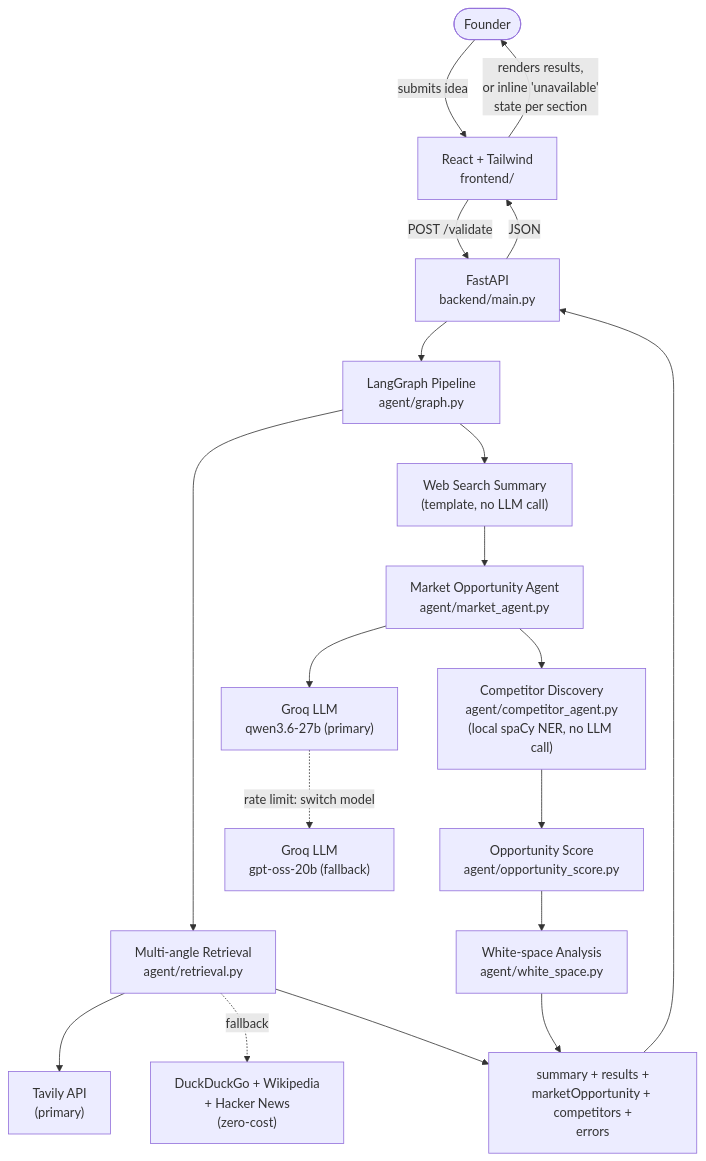
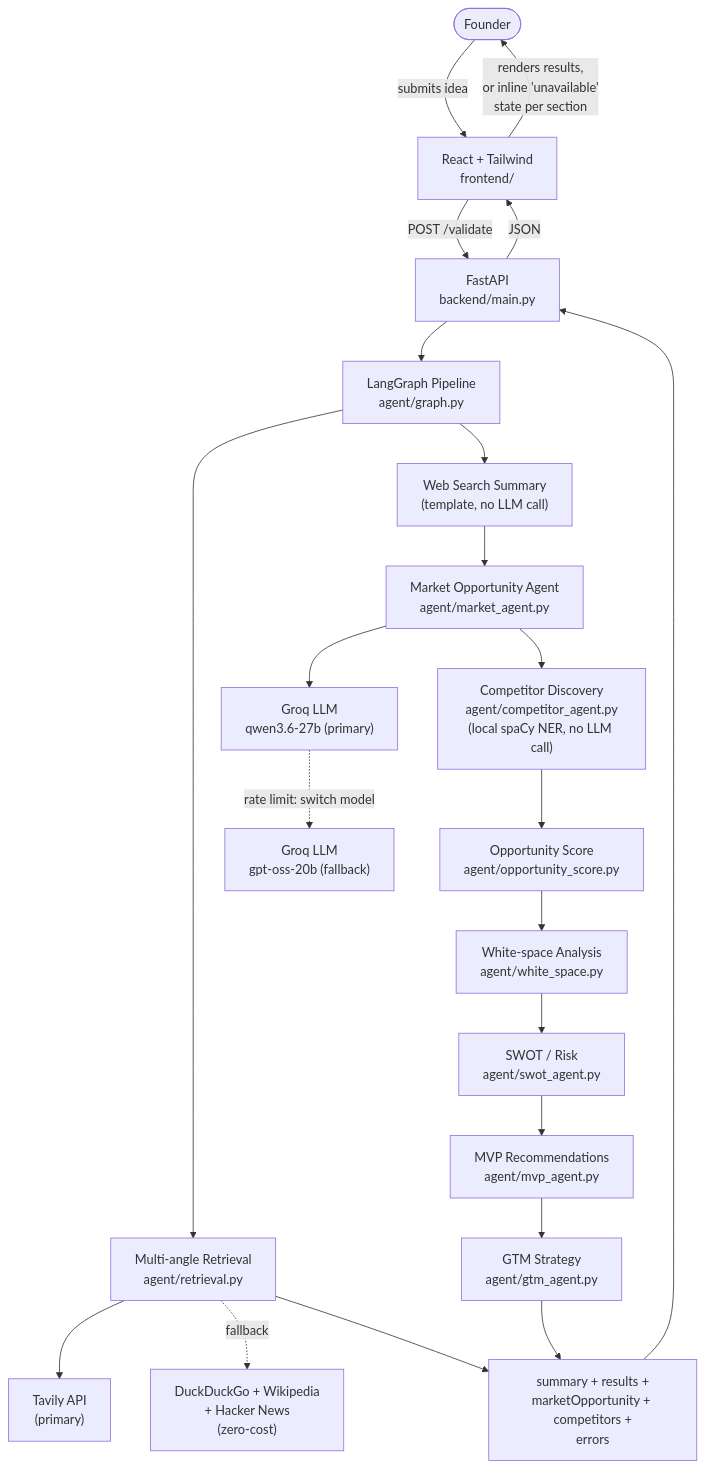
The first of 2 diagrams in docs/architecture.md (Yasaswini-ch/Development-of-AI-Based-Startup-Idea-Validator-with-Market-Analysis-Assistance), drawn with Mermaid before and after one commit. The commit also changed other lines of this file and 31 other files, not shown here.

````diff
--- a/docs/architecture.md
+++ b/docs/architecture.md
@@ -29,24 +29,27 @@
 ```mermaid
 flowchart TD
     User(["Founder"]) -->|submits idea| Frontend["React + Tailwind\nfrontend/"]
     Frontend -->|POST /validate| Backend["FastAPI\nbackend/main.py"]
     Backend --> Pipeline["LangGraph Pipeline\nagent/graph.py"]
 
     Pipeline --> Retrieval["Multi-angle Retrieval\nagent/retrieval.py"]
     Retrieval --> Tavily["Tavily API\n(primary)"]
     Retrieval -.fallback.-> Free["DuckDuckGo + Wikipedia\n+ Hacker News\n(zero-cost)"]
 
     Pipeline --> WS["Web Search Summary\n(template, no LLM call)"]
     WS --> MO["Market Opportunity Agent\nagent/market_agent.py"]
     MO --> CD["Competitor Discovery\nagent/competitor_agent.py\n(local spaCy NER, no LLM call)"]
     CD --> OS["Opportunity Score\nagent/opportunity_score.py"]
     OS --> WA["White-space Analysis\nagent/white_space.py"]
+    WA --> SWOT["SWOT / Risk\nagent/swot_agent.py"]
+    SWOT --> MVP["MVP Recommendations\nagent/mvp_agent.py"]
+    MVP --> GTM["GTM Strategy\nagent/gtm_agent.py"]
     MO --> LLM["Groq LLM\nqwen3.6-27b (primary)"]
     LLM -.rate limit: switch model.-> LLM2["Groq LLM\ngpt-oss-20b (fallback)"]
 
     Retrieval --> Response["summary + results +\nmarketOpportunity + competitors +\nerrors"]
-    WA --> Response
+    GTM --> Response
     Response --> Backend
     Backend -->|JSON| Frontend
     Frontend -->|renders results,\nor inline 'unavailable'\nstate per section| User
 ```
````
